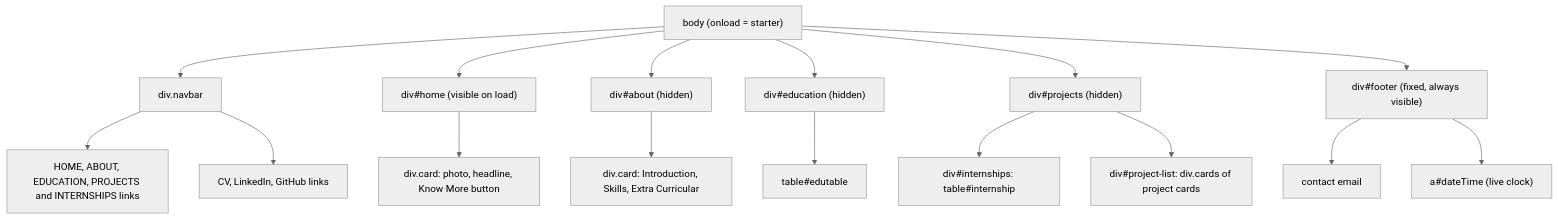
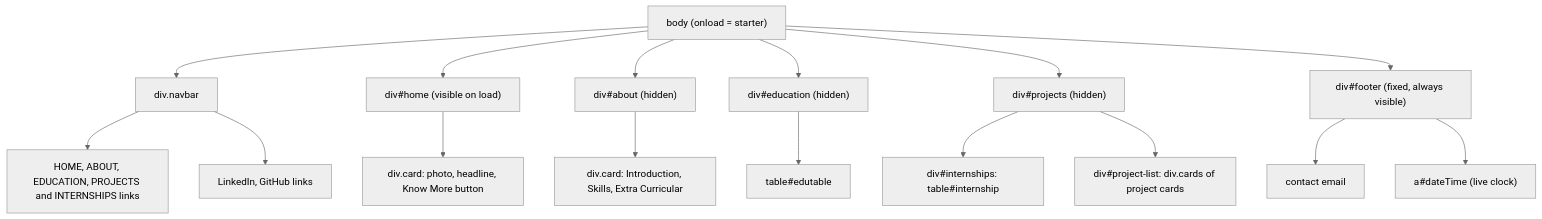
One commit to Kushal7788/Kushal7788.github.io changed the second of 6 diagrams in docs/ARCHITECTURE.md. Above: the diagram before and after it, drawn with Mermaid (neutral theme). The commit also changed other lines of this file and 2 other files, not shown here.

````diff
--- a/docs/ARCHITECTURE.md
+++ b/docs/ARCHITECTURE.md
@@ -45,20 +41,20 @@
 ```mermaid
 flowchart TD
     Body["body (onload = starter)"]
     Body --> Nav["div.navbar"]
     Body --> Home["div#home (visible on load)"]
     Body --> About["div#about (hidden)"]
     Body --> Edu["div#education (hidden)"]
     Body --> Proj["div#projects (hidden)"]
     Body --> Footer["div#footer (fixed, always visible)"]
 
     Nav --> NavLinks["HOME, ABOUT, EDUCATION, PROJECTS and INTERNSHIPS links"]
-    Nav --> NavExt["CV, LinkedIn, GitHub links"]
+    Nav --> NavExt["LinkedIn, GitHub links"]
     Home --> HomeCard["div.card: photo, headline, Know More button"]
     About --> AboutCard["div.card: Introduction, Skills, Extra Curricular"]
     Edu --> EduTable["table#edutable"]
     Proj --> Intern["div#internships: table#internship"]
     Proj --> PList["div#project-list: div.cards of project cards"]
     Footer --> Email["contact email"]
     Footer --> Clock["a#dateTime (live clock)"]
 ```
````
